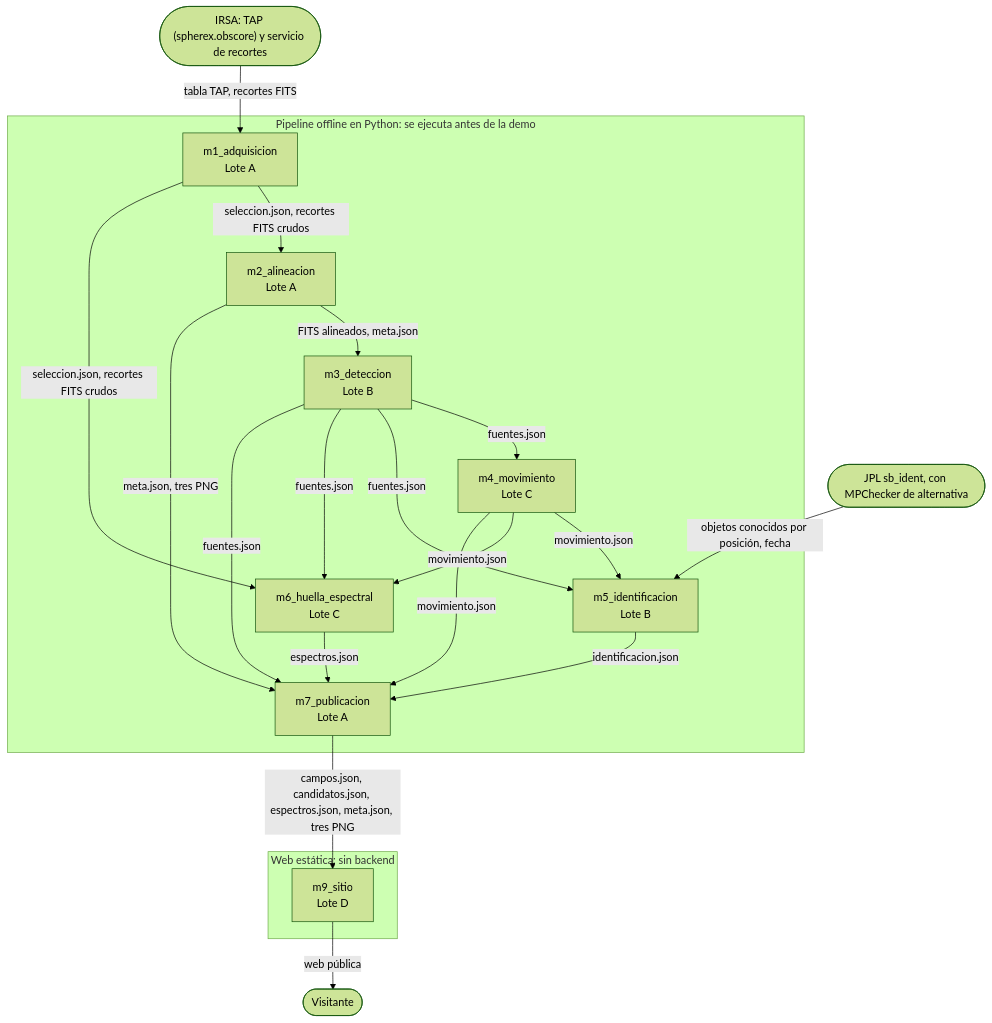
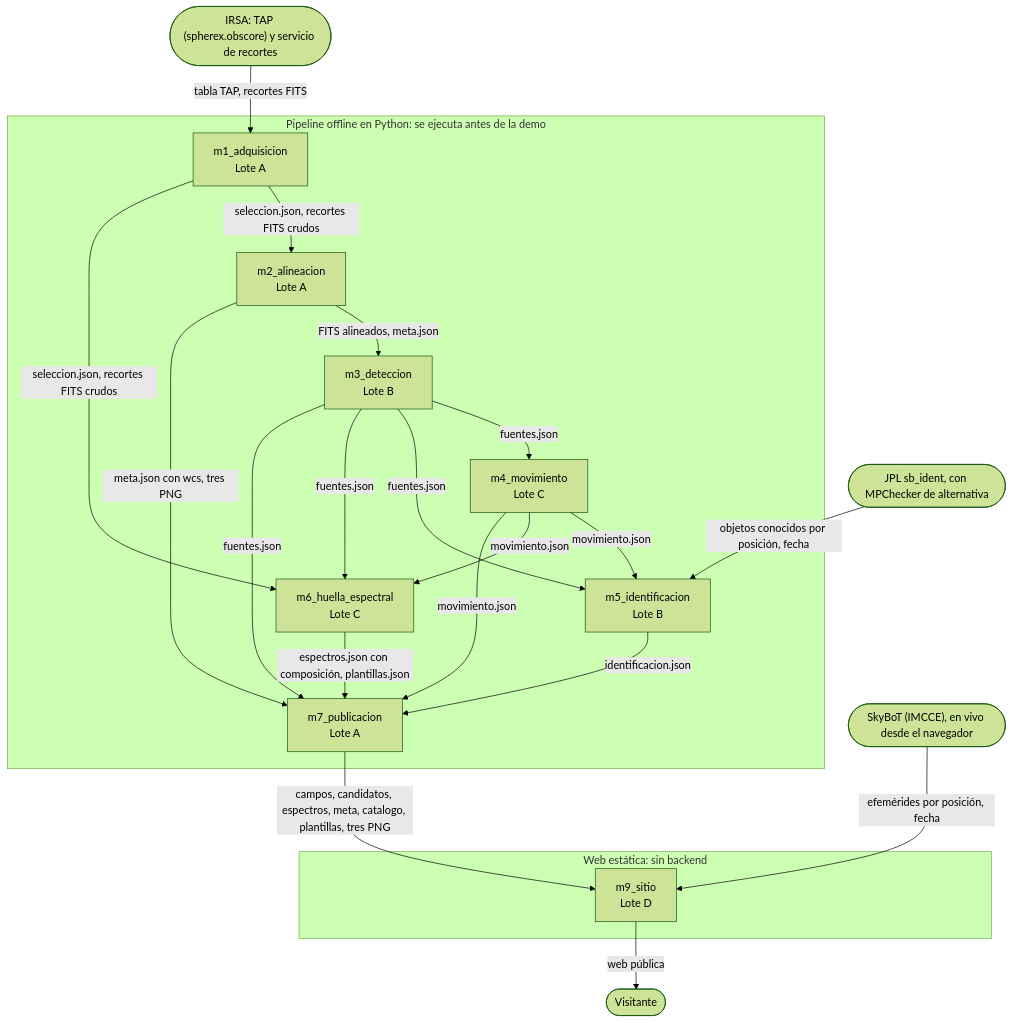
The diagram in README.md (Beltranpcb/AstroNova), drawn with Mermaid (forest theme) before and after one commit. The commit also changed other lines of this file, not shown here.

````diff
--- a/README.md
+++ b/README.md
@@ -141,35 +209,37 @@
 ```mermaid
 flowchart TD
   IRSA(["IRSA: TAP (spherex.obscore) y servicio de recortes"])
   JPL(["JPL sb_ident, con MPChecker de alternativa"])
+  SKY(["SkyBoT (IMCCE), en vivo desde el navegador"])
   subgraph OFF["Pipeline offline en Python: se ejecuta antes de la demo"]
     m1_adquisicion["m1_adquisicion<br/>Lote A"]
     m2_alineacion["m2_alineacion<br/>Lote A"]
     m3_deteccion["m3_deteccion<br/>Lote B"]
     m4_movimiento["m4_movimiento<br/>Lote C"]
     m5_identificacion["m5_identificacion<br/>Lote B"]
     m6_huella_espectral["m6_huella_espectral<br/>Lote C"]
     m7_publicacion["m7_publicacion<br/>Lote A"]
   end
   subgraph WEB["Web estática: sin backend"]
     m9_sitio["m9_sitio<br/>Lote D"]
   end
   VIS(["Visitante"])
   IRSA -->|"tabla TAP, recortes FITS"| m1_adquisicion
   m1_adquisicion -->|"seleccion.json, recortes FITS crudos"| m2_alineacion
   m1_adquisicion -->|"seleccion.json, recortes FITS crudos"| m6_huella_espectral
   m2_alineacion -->|"FITS alineados, meta.json"| m3_deteccion
-  m2_alineacion -->|"meta.json, tres PNG"| m7_publicacion
+  m2_alineacion -->|"meta.json con wcs, tres PNG"| m7_publicacion
   m3_deteccion -->|"fuentes.json"| m4_movimiento
   m3_deteccion -->|"fuentes.json"| m5_identificacion
   m3_deteccion -->|"fuentes.json"| m6_huella_espectral
   m3_deteccion -->|"fuentes.json"| m7_publicacion
   m4_movimiento -->|"movimiento.json"| m5_identificacion
   m4_movimiento -->|"movimiento.json"| m6_huella_espectral
   m4_movimiento -->|"movimiento.json"| m7_publicacion
   JPL -->|"objetos conocidos por posición, fecha"| m5_identificacion
   m5_identificacion -->|"identificacion.json"| m7_publicacion
-  m6_huella_espectral -->|"espectros.json"| m7_publicacion
-  m7_publicacion -->|"campos.json, candidatos.json, espectros.json, meta.json, tres PNG"| m9_sitio
+  m6_huella_espectral -->|"espectros.json con composición, plantillas.json"| m7_publicacion
+  m7_publicacion -->|"campos, candidatos, espectros, meta, catalogo, plantillas, tres PNG"| m9_sitio
+  SKY -->|"efemérides por posición, fecha"| m9_sitio
   m9_sitio -->|"web pública"| VIS
 ```
````
